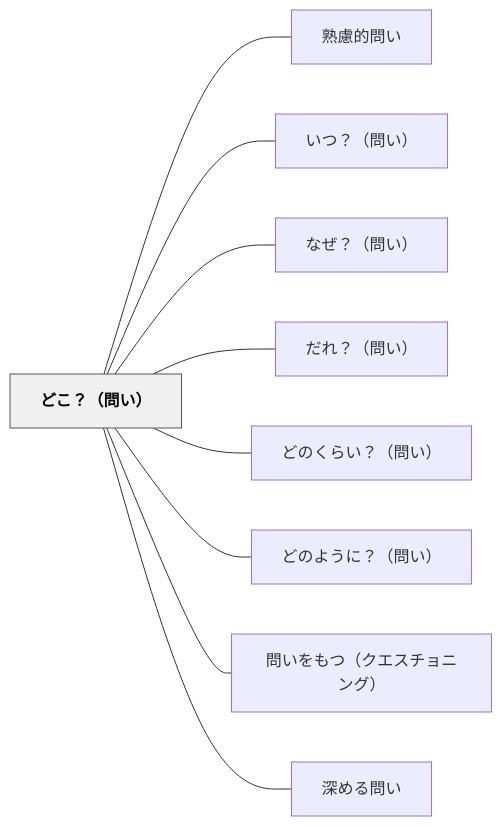
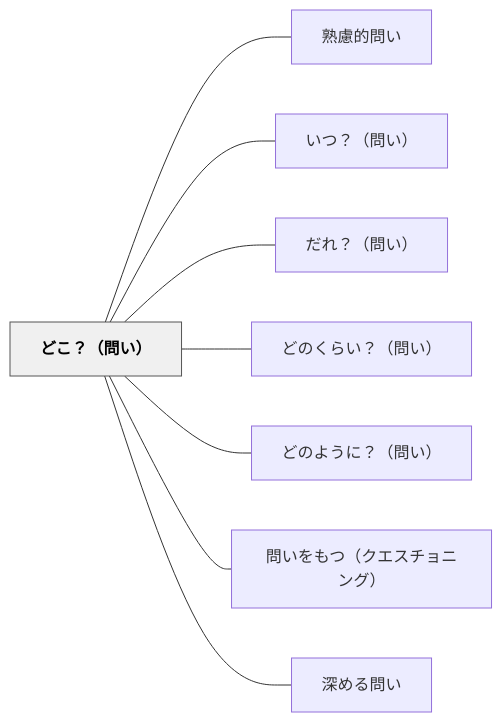
Before and after one commit to unknownthings-ed-patterns/unknownthings-ed-patterns: the diagram in content/パタン/どこ？（問い）.md, drawn with Mermaid. The commit also changed other lines of this file and 37 other files, not shown here.

````diff
--- a/content/パタン/どこ？（問い）.md
+++ b/content/パタン/どこ？（問い）.md
@@ -46,24 +45,22 @@
 ```mermaid
 flowchart LR
     ne381a9e38193efbc9fefbc88e5958fe38184efbc89["どこ？（問い）"]
     ne7869fe685aee79a84e5958fe38184["熟慮的問い"]
     ne38184e381a4efbc9fefbc88e5958fe38184efbc89["いつ？（問い）"]
-    ne381aae3819cefbc9fefbc88e5958fe38184efbc89["なぜ？（問い）"]
     ne381a0e3828cefbc9fefbc88e5958fe38184efbc89["だれ？（問い）"]
     ne381a9e381aee3818fe38289e38184efbc9fefbc88e5958fe38184efbc89["どのくらい？（問い）"]
     ne381a9e381aee38288e38186e381abefbc9fefbc88e5958fe38184efbc89["どのように？（問い）"]
     ne5958fe38184e38292e38282e381a4efbc88e382afe382a8e382b9e38381e383a7e3838be383b3e382b0efbc89["問いをもつ（クエスチョニング）"]
     ne6b7b1e38281e3828be5958fe38184["深める問い"]
 
     ne381a9e38193efbc9fefbc88e5958fe38184efbc89 --- ne7869fe685aee79a84e5958fe38184
     ne381a9e38193efbc9fefbc88e5958fe38184efbc89 --- ne38184e381a4efbc9fefbc88e5958fe38184efbc89
-    ne381a9e38193efbc9fefbc88e5958fe38184efbc89 --- ne381aae3819cefbc9fefbc88e5958fe38184efbc89
     ne381a9e38193efbc9fefbc88e5958fe38184efbc89 --- ne381a0e3828cefbc9fefbc88e5958fe38184efbc89
     ne381a9e38193efbc9fefbc88e5958fe38184efbc89 --- ne381a9e381aee3818fe38289e38184efbc9fefbc88e5958fe38184efbc89
     ne381a9e38193efbc9fefbc88e5958fe38184efbc89 --- ne381a9e381aee38288e38186e381abefbc9fefbc88e5958fe38184efbc89
     ne381a9e38193efbc9fefbc88e5958fe38184efbc89 --- ne5958fe38184e38292e38282e381a4efbc88e382afe382a8e382b9e38381e383a7e3838be383b3e382b0efbc89
     ne381a9e38193efbc9fefbc88e5958fe38184efbc89 --- ne6b7b1e38281e3828be5958fe38184
 
     classDef hub fill:#f0f0f0,stroke:#555,color:#000,font-weight:bold
     class ne381a9e38193efbc9fefbc88e5958fe38184efbc89 hub
 ```
````
